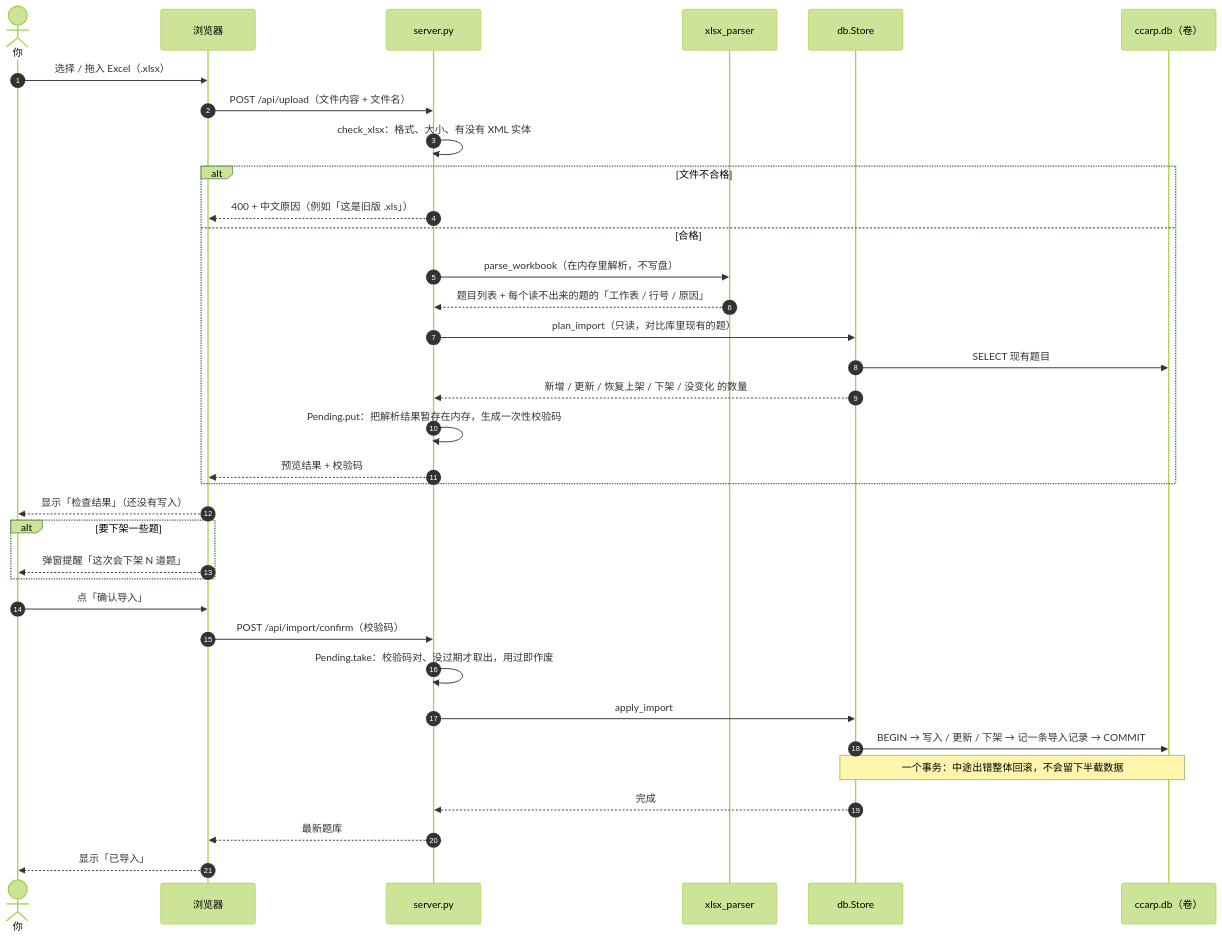
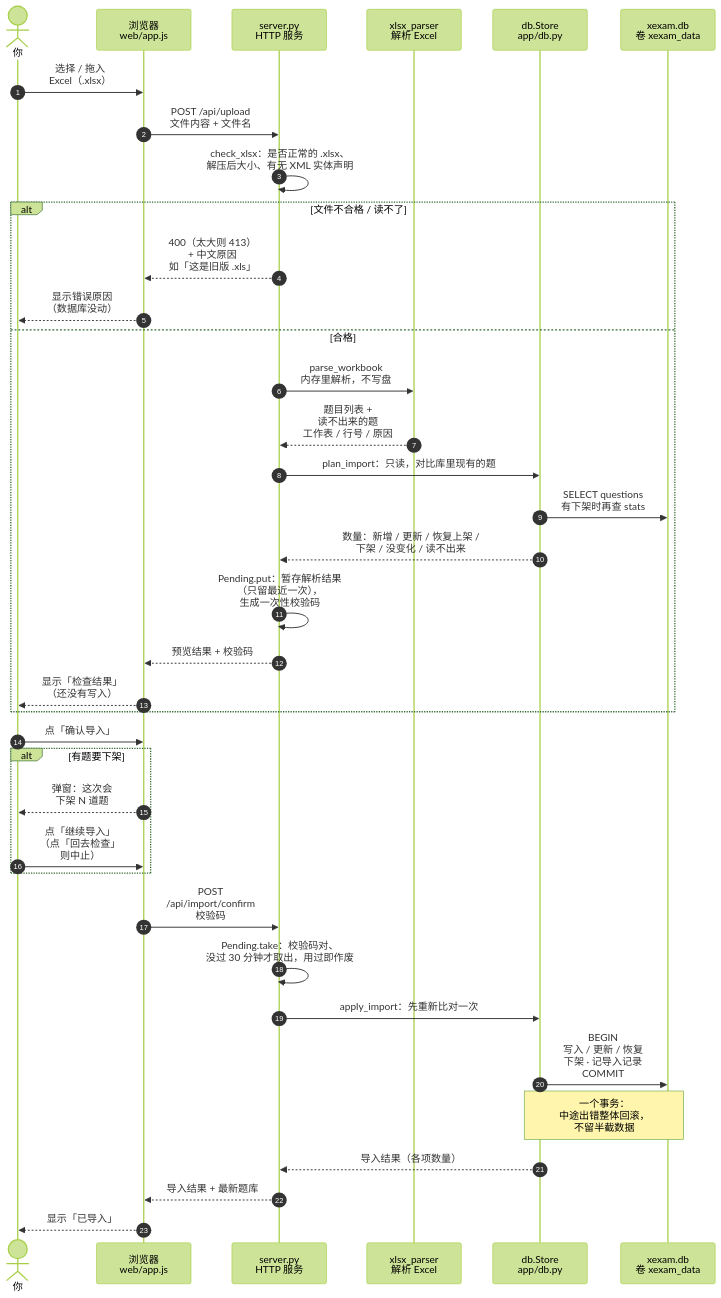
The third of 8 diagrams in README.md (Yumin-Space/xexam), drawn with Mermaid (forest theme) before and after one commit. The commit also changed other lines of this file and 13 other files, not shown here.

````diff
--- a/README.md
+++ b/README.md
@@ -204,38 +231,40 @@
 ```mermaid
 sequenceDiagram
     autonumber
     actor U as 你
-    participant B as 浏览器
-    participant S as server.py
-    participant P as xlsx_parser
-    participant D as db.Store
-    participant F as ccarp.db（卷）
+    participant B as 浏览器<br/>web/app.js
+    participant S as server.py<br/>HTTP 服务
+    participant P as xlsx_parser<br/>解析 Excel
+    participant D as db.Store<br/>app/db.py
+    participant F as xexam.db<br/>卷 xexam_data
 
-    U->>B: 选择 / 拖入 Excel（.xlsx）
-    B->>S: POST /api/upload（文件内容 + 文件名）
-    S->>S: check_xlsx：格式、大小、有没有 XML 实体
-    alt 文件不合格
-        S-->>B: 400 + 中文原因（例如「这是旧版 .xls」）
+    U->>B: 选择 / 拖入<br/>Excel（.xlsx）
+    B->>S: POST /api/upload<br/>文件内容 + 文件名
+    S->>S: check_xlsx：是否正常的 .xlsx、<br/>解压后大小、有无 XML 实体声明
+    alt 文件不合格 / 读不了
+        S-->>B: 400（太大则 413）<br/>+ 中文原因<br/>如「这是旧版 .xls」
+        B-->>U: 显示错误原因<br/>（数据库没动）
     else 合格
-        S->>P: parse_workbook（在内存里解析，不写盘）
-        P-->>S: 题目列表 + 每个读不出来的题的「工作表 / 行号 / 原因」
-        S->>D: plan_import（只读，对比库里现有的题）
-        D->>F: SELECT 现有题目
-        D-->>S: 新增 / 更新 / 恢复上架 / 下架 / 没变化 的数量
-        S->>S: Pending.put：把解析结果暂存在内存，生成一次性校验码
+        S->>P: parse_workbook<br/>内存里解析，不写盘
+        P-->>S: 题目列表 +<br/>读不出来的题<br/>工作表 / 行号 / 原因
+        S->>D: plan_import：只读，对比库里现有的题
+        D->>F: SELECT questions<br/>有下架时再查 stats
+        D-->>S: 数量：新增 / 更新 / 恢复上架 /<br/>下架 / 没变化 / 读不出来
+        S->>S: Pending.put：暂存解析结果<br/>（只留最近一次），<br/>生成一次性校验码
         S-->>B: 预览结果 + 校验码
-    end
-    B-->>U: 显示「检查结果」（还没有写入）
-    alt 要下架一些题
-        B-->>U: 弹窗提醒「这次会下架 N 道题」
+        B-->>U: 显示「检查结果」<br/>（还没有写入）
     end
     U->>B: 点「确认导入」
-    B->>S: POST /api/import/confirm（校验码）
-    S->>S: Pending.take：校验码对、没过期才取出，用过即作废
-    S->>D: apply_import
-    D->>F: BEGIN → 写入 / 更新 / 下架 → 记一条导入记录 → COMMIT
-    Note over D,F: 一个事务：中途出错整体回滚，不会留下半截数据
-    D-->>S: 完成
-    S-->>B: 最新题库
+    alt 有题要下架
+        B-->>U: 弹窗：这次会<br/>下架 N 道题
+        U->>B: 点「继续导入」<br/>（点「回去检查」<br/>则中止）
+    end
+    B->>S: POST<br/>/api/import/confirm<br/>校验码
+    S->>S: Pending.take：校验码对、<br/>没过 30 分钟才取出，用过即作废
+    S->>D: apply_import：先重新比对一次
+    D->>F: BEGIN<br/>写入 / 更新 / 恢复<br/>下架 · 记导入记录<br/>COMMIT
+    Note over D,F: 一个事务：<br/>中途出错整体回滚，<br/>不留半截数据
+    D-->>S: 导入结果（各项数量）
+    S-->>B: 导入结果 + 最新题库
     B-->>U: 显示「已导入」
 ```
````
